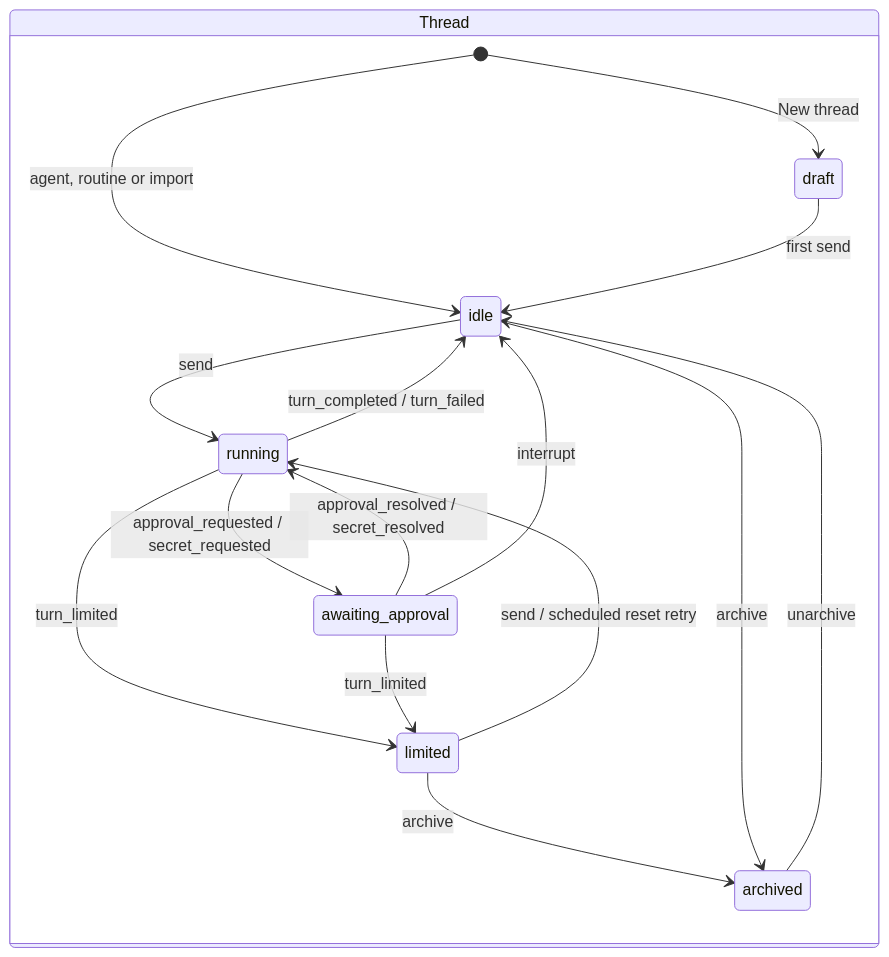
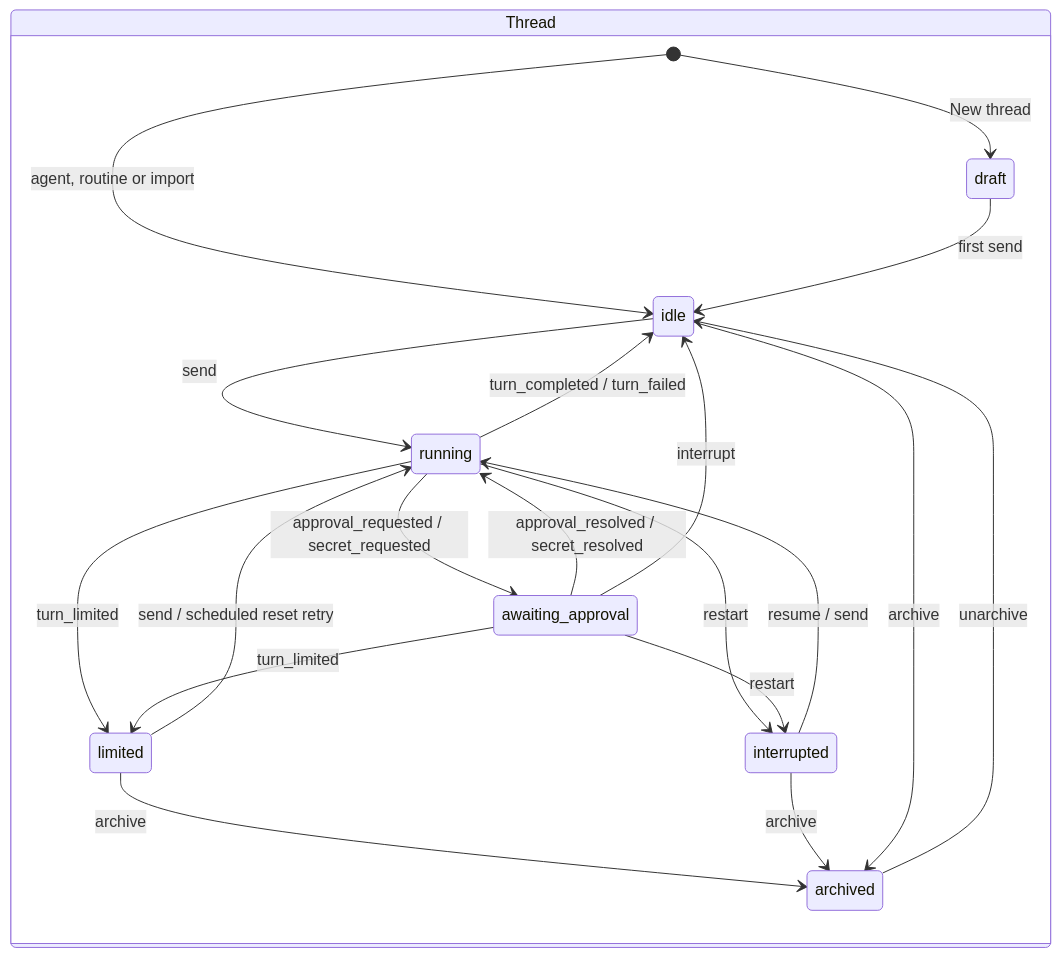
One commit to hinadev-ai/hinacode changed diagram 13 of 19 in docs/arch.md. Above: the diagram before and after it, drawn with Mermaid. The commit also changed other lines of this file and 3 other files, not shown here.

````diff
--- a/docs/arch.md
+++ b/docs/arch.md
@@ -536,20 +536,24 @@
 ```mermaid
 stateDiagram-v2
   direction LR
   state "Thread" as T {
     [*] --> draft: New thread
     [*] --> idle: agent, routine or import
     draft --> idle: first send
     idle --> running: send
     running --> awaiting_approval: approval_requested / secret_requested
     awaiting_approval --> running: approval_resolved / secret_resolved
     running --> idle: turn_completed / turn_failed
     running --> limited: turn_limited
     awaiting_approval --> limited: turn_limited
     limited --> running: send / scheduled reset retry
     limited --> archived: archive
+    running --> interrupted: restart
+    awaiting_approval --> interrupted: restart
+    interrupted --> running: resume / send
+    interrupted --> archived: archive
     awaiting_approval --> idle: interrupt
     idle --> archived: archive
     archived --> idle: unarchive
   }
 ```
````
